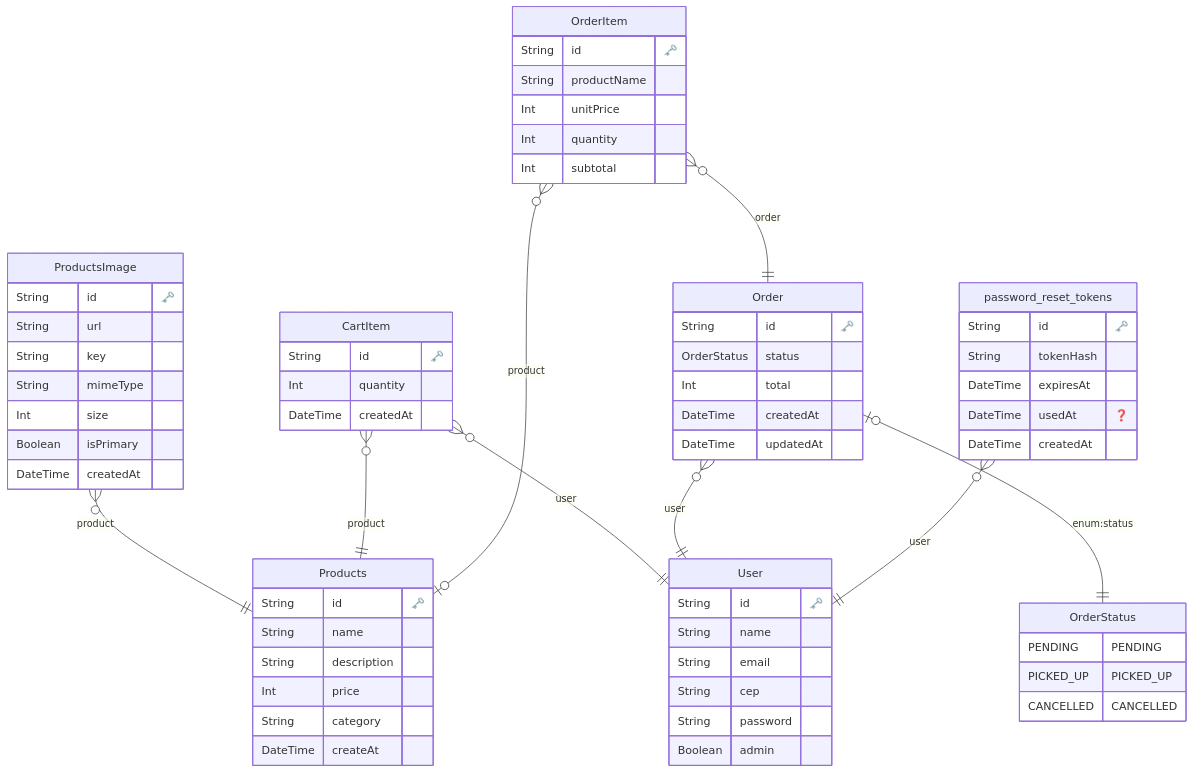
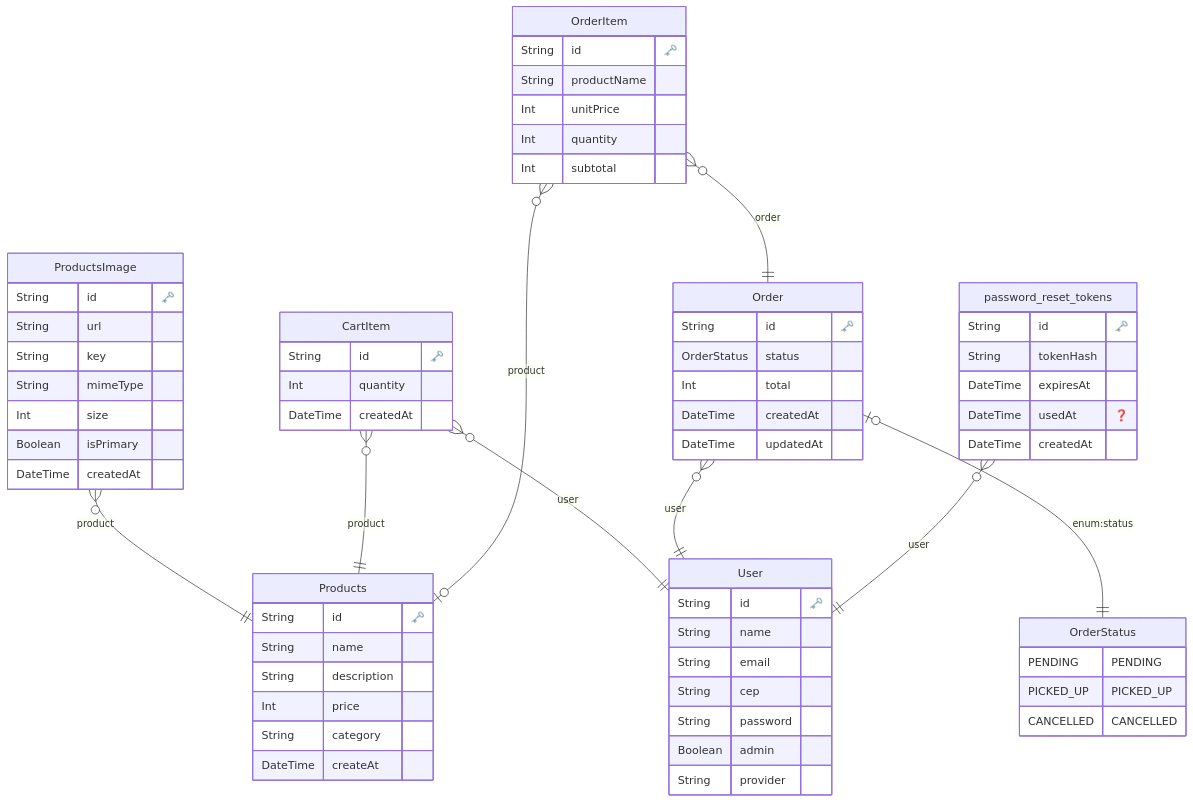
Before and after one commit to DevWesleyMedeiros/casa-do-hamburger: the diagram in back-end/docs/architecture/ERD.md, drawn with Mermaid. The commit also changed 10 other files, not shown here.

```diff
--- a/back-end/docs/architecture/ERD.md
+++ b/back-end/docs/architecture/ERD.md
@@ -14,6 +14,7 @@
     String cep 
     String password 
     Boolean admin 
+    String provider 
     }
   
 
```
